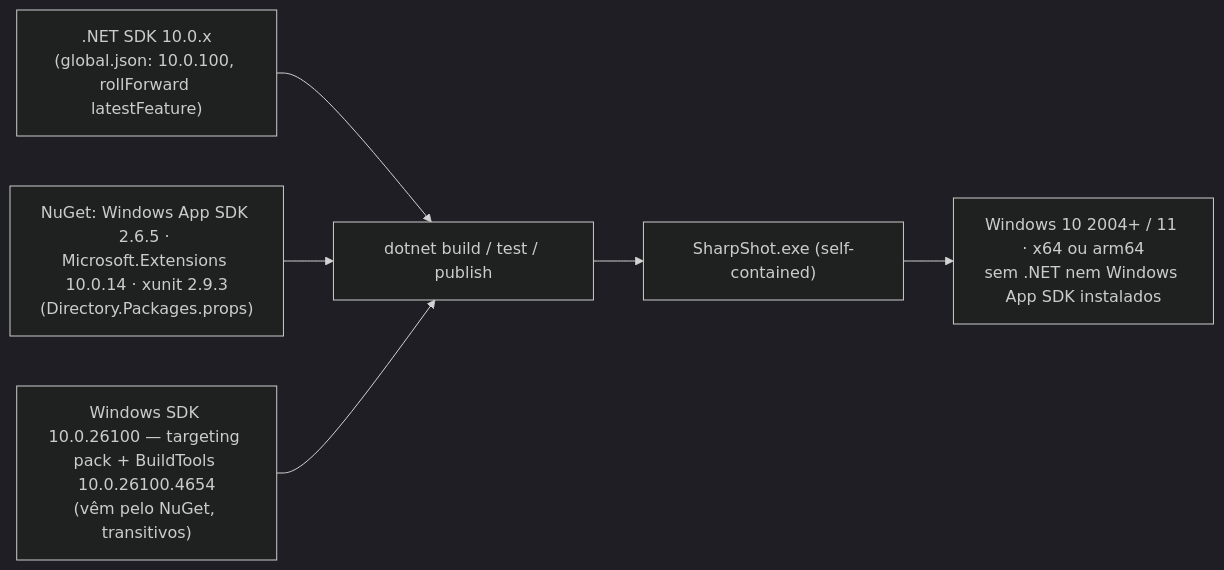
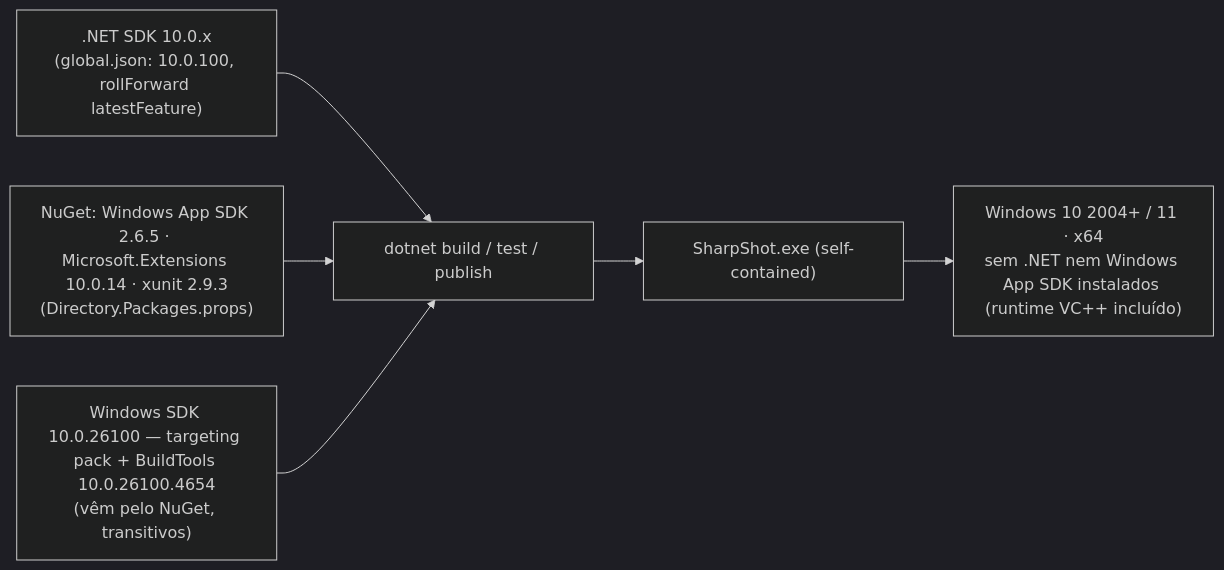
Before and after one commit to Victorkaue333/sharpshot: the diagram in docs/ENVIRONMENT.md, drawn with Mermaid (dark theme). The commit also changed 2 other files, not shown here.

Commit message:
docs: sync persistence, distribution and environment pages with the shipped package

````diff
--- a/docs/ENVIRONMENT.md
+++ b/docs/ENVIRONMENT.md
@@ -9,8 +9,8 @@
 ```mermaid
 flowchart LR
     sdk[".NET SDK 10.0.x<br/>(global.json: 10.0.100, rollForward latestFeature)"] --> build["dotnet build / test / publish"]
     nuget["NuGet: Windows App SDK 2.6.5 · Microsoft.Extensions 10.0.14 · xunit 2.9.3<br/>(Directory.Packages.props)"] --> build
     sdkwin["Windows SDK 10.0.26100 — targeting pack + BuildTools 10.0.26100.4654<br/>(vêm pelo NuGet, transitivos)"] --> build
     build --> exe["SharpShot.exe (self-contained)"]
-    exe --> runtime["Windows 10 2004+ / 11 · x64 ou arm64<br/>sem .NET nem Windows App SDK instalados"]
+    exe --> runtime["Windows 10 2004+ / 11 · x64<br/>sem .NET nem Windows App SDK instalados (runtime VC++ incluído)"]
 ```
````
